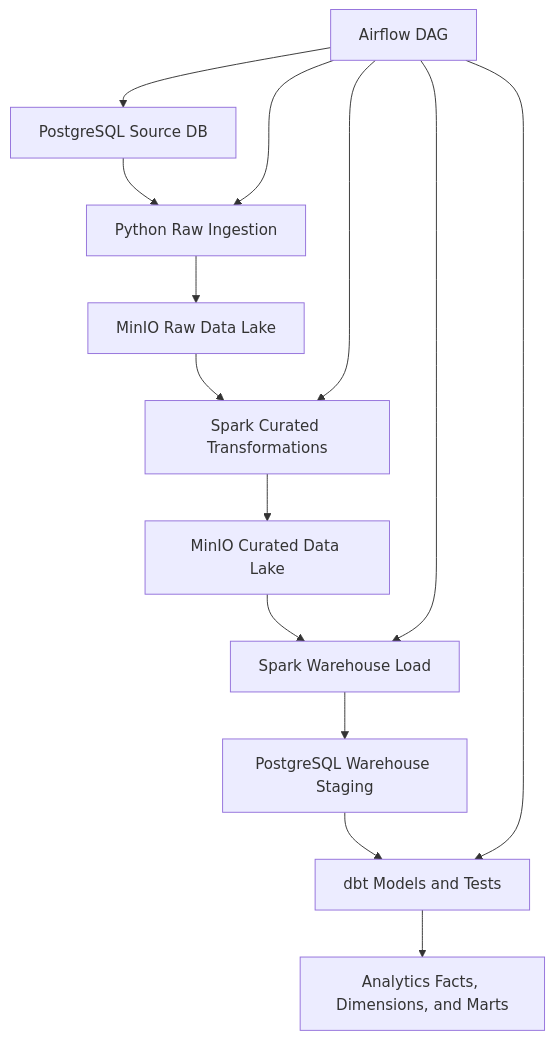
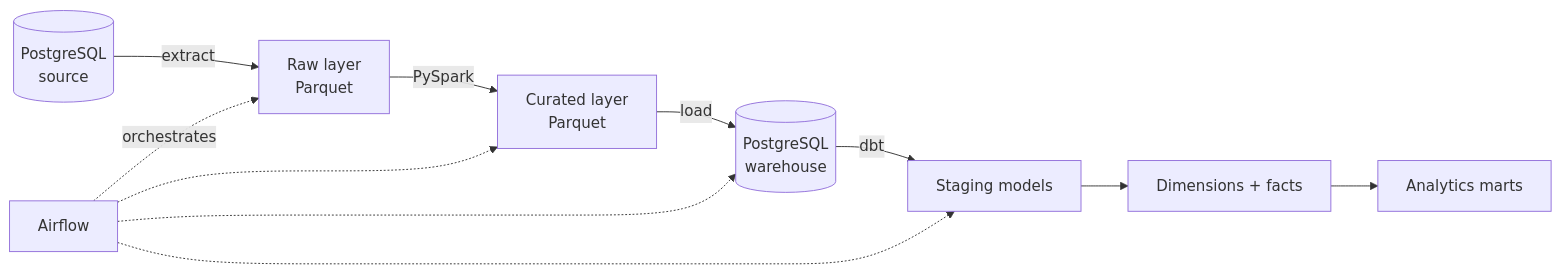
The diagram in README.md (Abdulrahman-Zaghloul/retail-lakehouse-pipeline), drawn with Mermaid before and after one commit. The commit also changed other lines of this file, not shown here.

Commit message:
Revise README for modern retail data pipeline

````diff
--- a/README.md
+++ b/README.md
@@ -38,17 +17,13 @@
 ```mermaid
-flowchart TD
-    A[PostgreSQL Source DB] --> B[Python Raw Ingestion]
-    B --> C[MinIO Raw Data Lake]
-    C --> D[Spark Curated Transformations]
-    D --> E[MinIO Curated Data Lake]
-    E --> F[Spark Warehouse Load]
-    F --> G[PostgreSQL Warehouse Staging]
-    G --> H[dbt Models and Tests]
-    H --> I[Analytics Facts, Dimensions, and Marts]
-
-    J[Airflow DAG] --> A
-    J --> B
-    J --> D
-    J --> F
-    J --> H
+graph LR
+    A[(PostgreSQL<br/>source)] -->|extract| B[Raw layer<br/>Parquet]
+    B -->|PySpark| C[Curated layer<br/>Parquet]
+    C -->|load| D[(PostgreSQL<br/>warehouse)]
+    D -->|dbt| E[Staging models]
+    E --> F[Dimensions + facts]
+    F --> G[Analytics marts]
+    H[Airflow] -.orchestrates.-> B
+    H -.-> C
+    H -.-> D
+    H -.-> E
 ```
````
